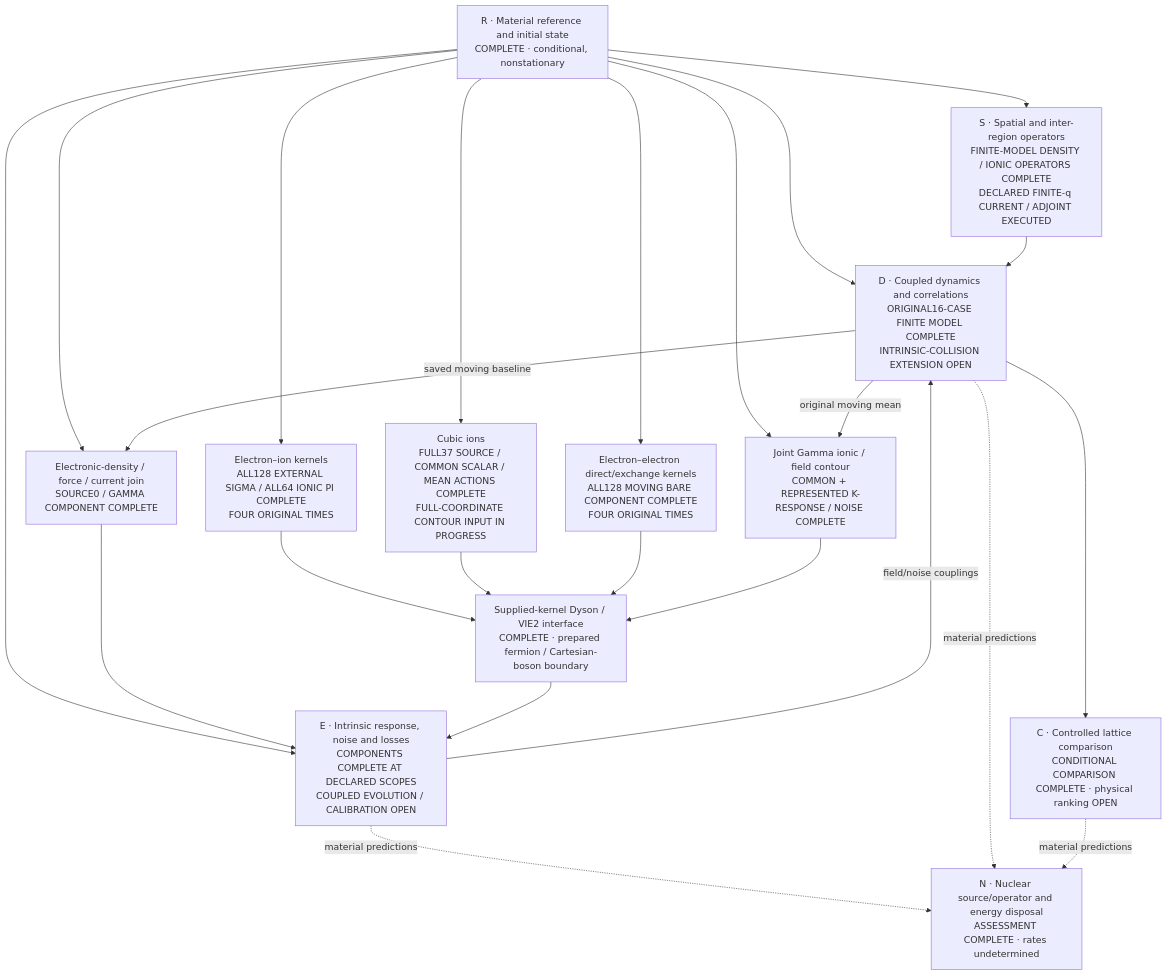
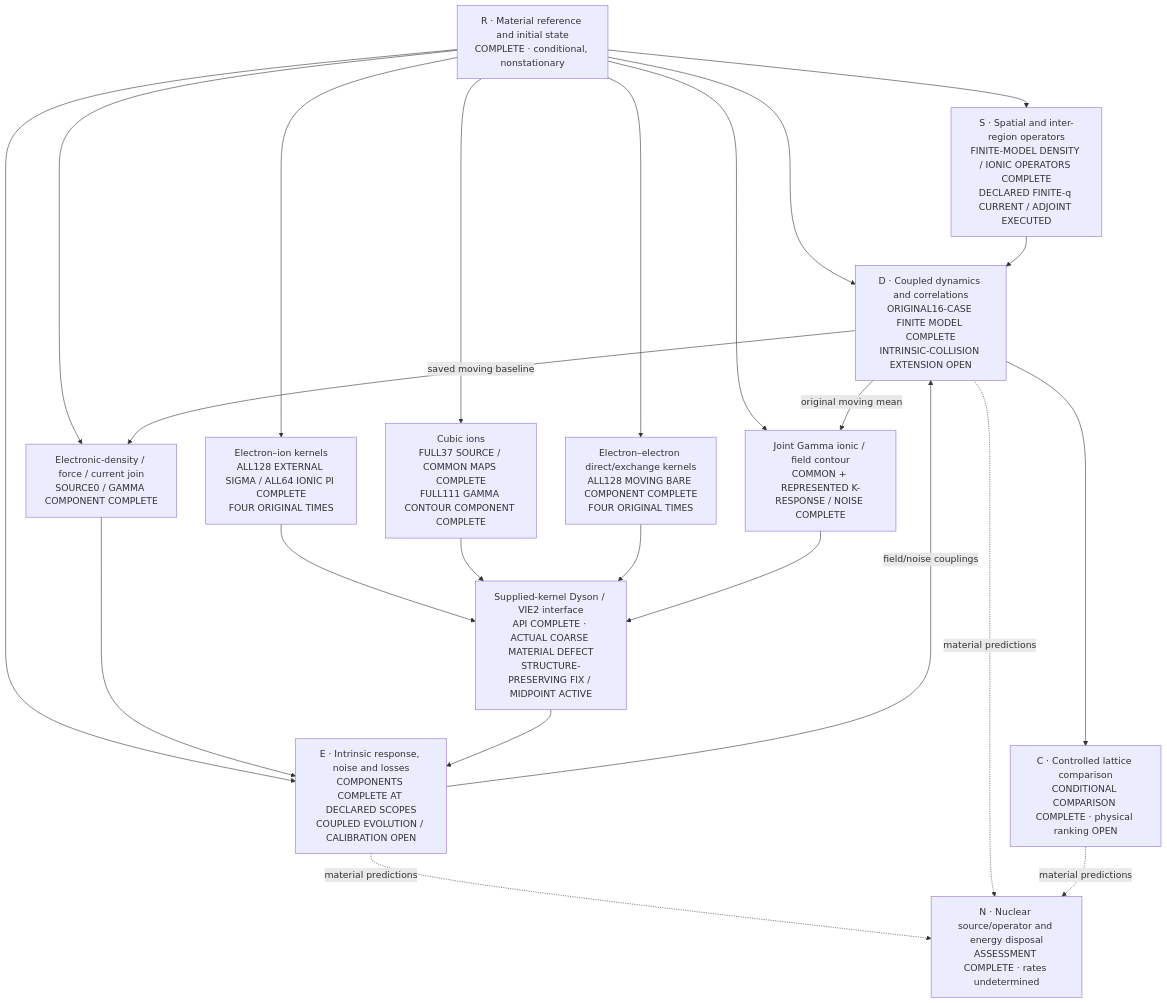
One commit to vantasnerdan/substrate-framework changed the diagram in proposals/P254-ni-collective-response/SOLUTION.md. Above: the diagram before and after it, drawn with Mermaid. The commit also changed other lines of this file and 83 other files, not shown here.

Commit message:
Complete cubic contour and uniform reference; retain actual material discretization failure

````diff
--- a/proposals/P254-ni-collective-response/SOLUTION.md
+++ b/proposals/P254-ni-collective-response/SOLUTION.md
@@ -16,37 +16,37 @@
 ```mermaid
 flowchart TD
     R["R · Material reference and initial state\nCOMPLETE · conditional, nonstationary"]
     S["S · Spatial and inter-region operators\nFINITE-MODEL DENSITY / IONIC OPERATORS COMPLETE\nDECLARED FINITE-q CURRENT / ADJOINT EXECUTED"]
     E["E · Intrinsic response, noise and losses\nCOMPONENTS COMPLETE AT DECLARED SCOPES\nCOUPLED EVOLUTION / CALIBRATION OPEN"]
     ED["Electronic-density / force / current join\nSOURCE0 / GAMMA COMPONENT COMPLETE"]
     EI["Electron–ion kernels\nALL128 EXTERNAL SIGMA / ALL64 IONIC PI COMPLETE\nFOUR ORIGINAL TIMES"]
-    EA["Cubic ions\nFULL37 SOURCE / COMMON SCALAR / MEAN ACTIONS COMPLETE\nFULL-COORDINATE CONTOUR INPUT IN PROGRESS"]
+    EA["Cubic ions\nFULL37 SOURCE / COMMON MAPS COMPLETE\nFULL111 GAMMA CONTOUR COMPONENT COMPLETE"]
     EE["Electron–electron direct/exchange kernels\nALL128 MOVING BARE COMPONENT COMPLETE\nFOUR ORIGINAL TIMES"]
     EJ["Joint Gamma ionic / field contour\nCOMMON + REPRESENTED K-RESPONSE / NOISE COMPLETE"]
-    EV["Supplied-kernel Dyson / VIE2 interface\nCOMPLETE · prepared fermion / Cartesian-boson boundary"]
+    EV["Supplied-kernel Dyson / VIE2 interface\nAPI COMPLETE · ACTUAL COARSE MATERIAL DEFECT\nSTRUCTURE-PRESERVING FIX / MIDPOINT ACTIVE"]
     D["D · Coupled dynamics and correlations\nORIGINAL16-CASE FINITE MODEL COMPLETE\nINTRINSIC-COLLISION EXTENSION OPEN"]
     C["C · Controlled lattice comparison\nCONDITIONAL COMPARISON COMPLETE · physical ranking OPEN"]
     N["N · Nuclear source/operator and energy disposal\nASSESSMENT COMPLETE · rates undetermined"]
     R --> S
     R --> E
     R --> ED
     R --> EI
     R --> EA
     R --> EE
     R --> EJ
     ED --> E
     EI --> EV
     EA --> EV
     EE --> EV
     EJ --> EV
     EV --> E
     R --> D
     S --> D
     E -- "field/noise couplings" --> D
     D -- "saved moving baseline" --> ED
     D -- "original moving mean" --> EJ
     D --> C
     E -. "material predictions" .-> N
     D -. "material predictions" .-> N
     C -. "material predictions" .-> N
 ```
````
